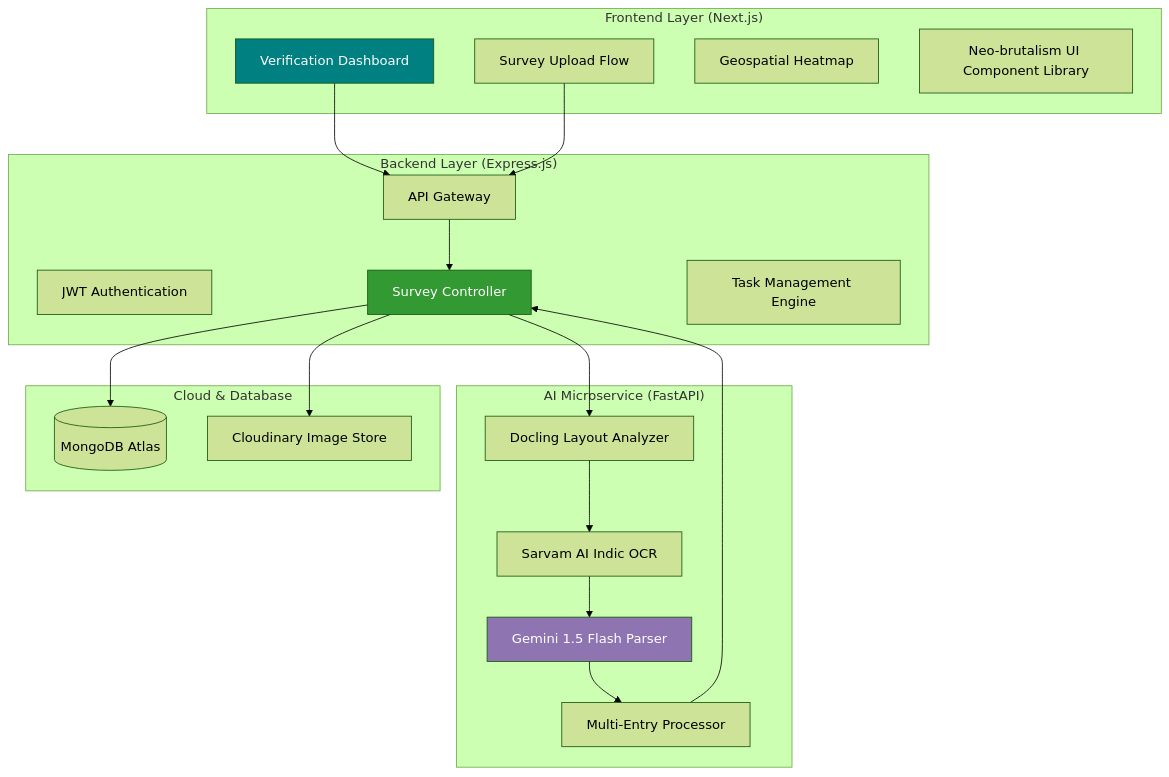
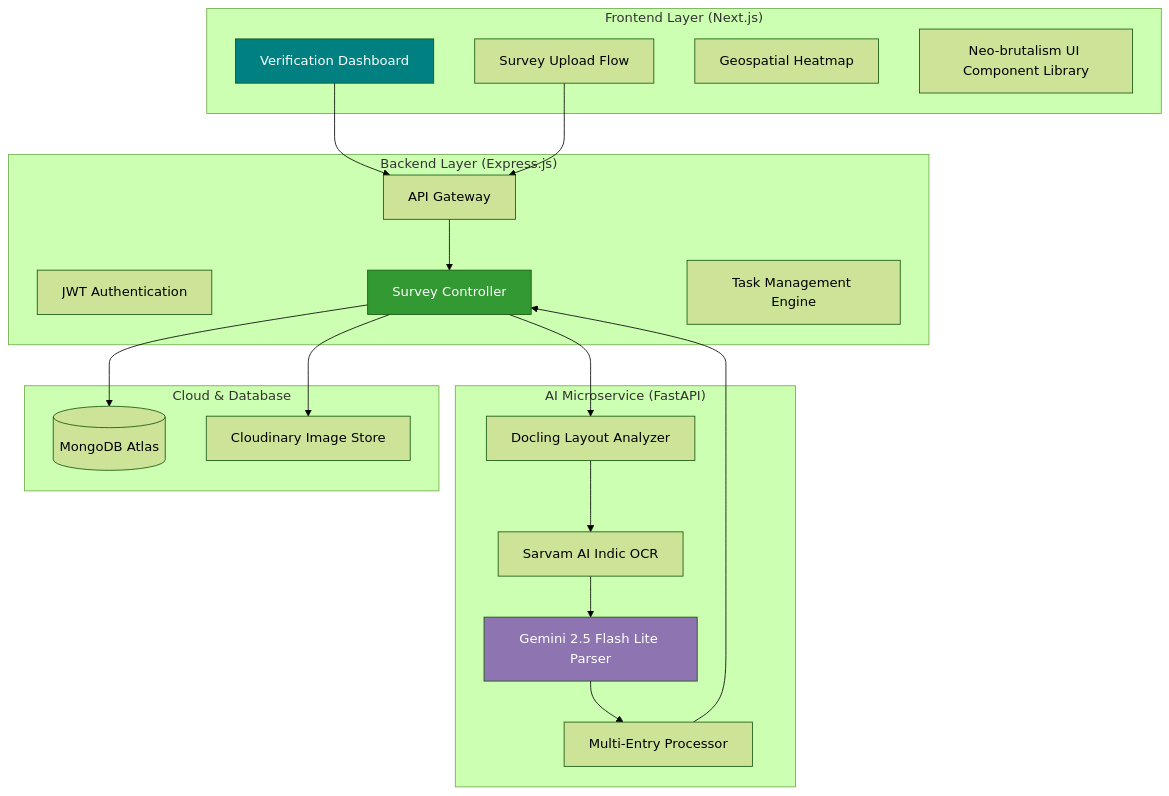
One commit to abhayshaw1601/Nexus changed the first of 3 diagrams in README.md. Above: the diagram before and after it, drawn with Mermaid (forest theme).

Commit message:
Update Gemini parser version in README

````diff
--- a/README.md
+++ b/README.md
@@ -28,43 +28,43 @@
 ```mermaid
 graph TB
     subgraph "Frontend Layer (Next.js)"
         A[Verification Dashboard]
         B[Survey Upload Flow]
         C[Geospatial Heatmap]
         D[Neo-brutalism UI Component Library]
     end
     
     subgraph "Backend Layer (Express.js)"
         E[API Gateway]
         F[JWT Authentication]
         G[Survey Controller]
         H[Task Management Engine]
     end
     
     subgraph "AI Microservice (FastAPI)"
         I[Docling Layout Analyzer]
         J[Sarvam AI Indic OCR]
-        K[Gemini 1.5 Flash Parser]
+        K[Gemini 2.5 Flash Lite Parser]
         L[Multi-Entry Processor]
     end
     
     subgraph "Cloud & Database"
         M[(MongoDB Atlas)]
         N[Cloudinary Image Store]
     end
     
     A --> E
     B --> E
     E --> G
     G --> I
     I --> J
     J --> K
     K --> L
     L --> G
     G --> M
     G --> N
     
     style K fill:#8e75b2,color:#fff
     style G fill:#339933,color:#fff
     style A fill:#008080,color:#fff
 ```
````
